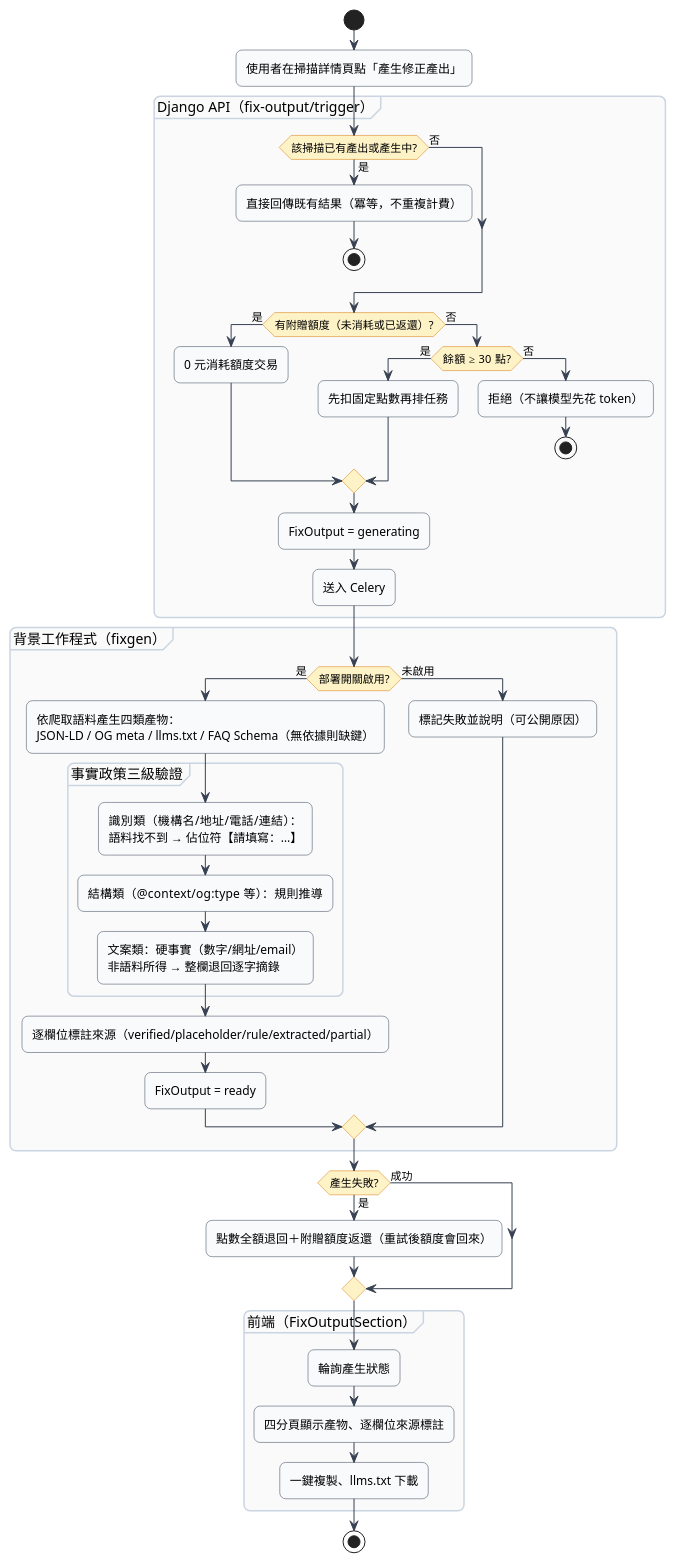
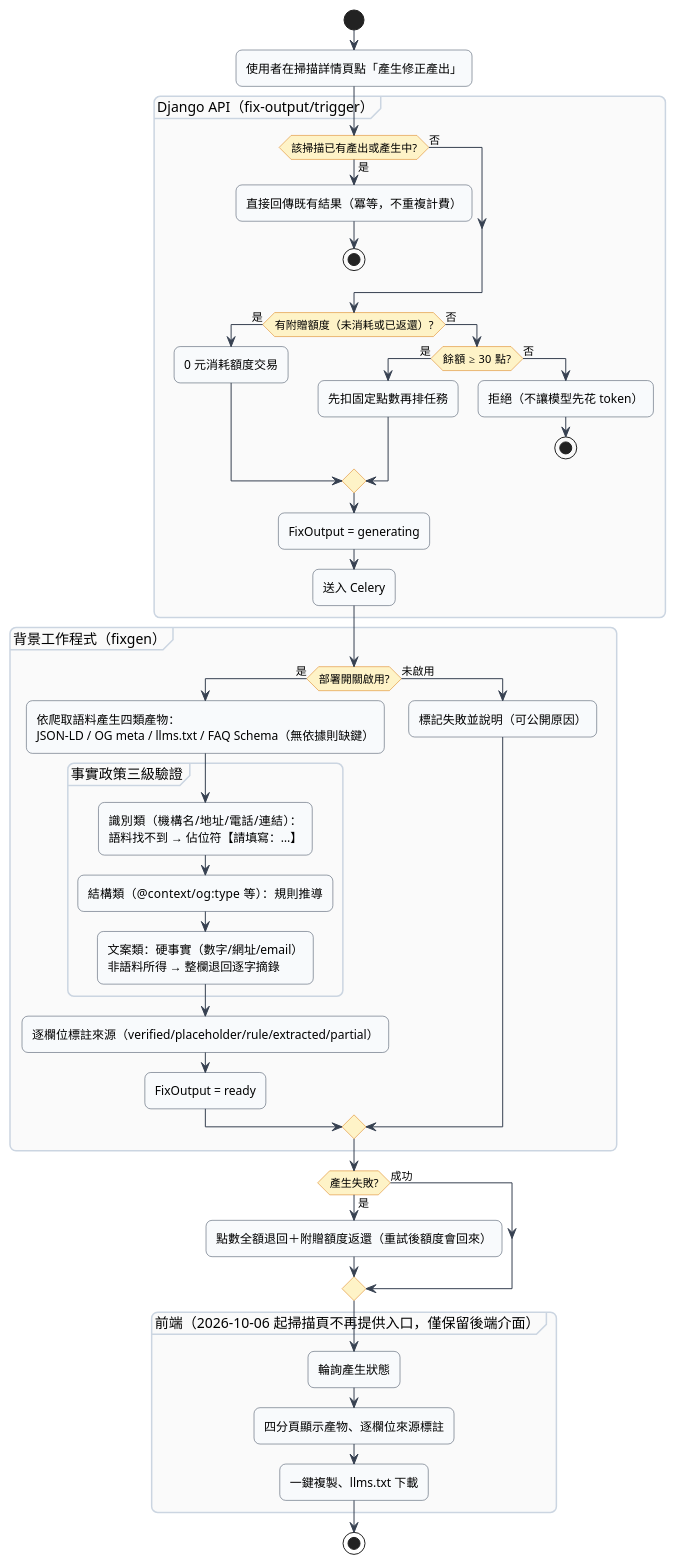
Before and after one commit to Djude1/Argus_WebsiteDiagnosticPlatform: the eighth of 25 diagrams in 專題文件生成/設計文件_圖表與成本模組.md, drawn with PlantUML. The commit also changed 76 other files, not shown here.

````diff
--- a/專題文件生成/設計文件_圖表與成本模組.md
+++ b/專題文件生成/設計文件_圖表與成本模組.md
@@ -427,61 +427,61 @@
 ```plantuml
 @startuml
 skinparam defaultFontName Microsoft JhengHei
 skinparam shadowing false
 skinparam roundcorner 12
 skinparam BackgroundColor #FFFFFF
 skinparam ArrowColor #374151
 skinparam ActivityBorderColor #334155
 skinparam ActivityBackgroundColor #F8FAFC
 skinparam ActivityDiamondBackgroundColor #FEF3C7
 skinparam ActivityDiamondBorderColor #D97706
 skinparam partitionBorderColor #CBD5E1
 skinparam partitionBackgroundColor #FAFAFA
 
 start
 :使用者在掃描詳情頁點「產生修正產出」;
 partition "Django API（fix-output/trigger）" {
   if (該掃描已有產出或產生中?) then (是)
     :直接回傳既有結果（冪等，不重複計費）;
     stop
   else (否)
   endif
   if (有附贈額度（未消耗或已返還）?) then (是)
     :0 元消耗額度交易;
   else (否)
     if (餘額 ≥ 30 點?) then (是)
       :先扣固定點數再排任務;
     else (否)
       :拒絕（不讓模型先花 token）;
       stop
     endif
   endif
   :FixOutput = generating;
   :送入 Celery;
 }
 partition "背景工作程式（fixgen）" {
   if (部署開關啟用?) then (是)
     :依爬取語料產生四類產物：\nJSON-LD / OG meta / llms.txt / FAQ Schema（無依據則缺鍵）;
     partition "事實政策三級驗證" {
       :識別類（機構名/地址/電話/連結）：\n語料找不到 → 佔位符【請填寫：…】;
       :結構類（@context/og:type 等）：規則推導;
       :文案類：硬事實（數字/網址/email）\n非語料所得 → 整欄退回逐字摘錄;
     }
     :逐欄位標註來源（verified/placeholder/rule/extracted/partial）;
     :FixOutput = ready;
   else (未啟用)
     :標記失敗並說明（可公開原因）;
   endif
 }
 if (產生失敗?) then (是)
   :點數全額退回＋附贈額度返還（重試後額度會回來）;
 else (成功)
 endif
-partition "前端（FixOutputSection）" {
+partition "前端（2026-10-06 起掃描頁不再提供入口，僅保留後端介面）" {
   :輪詢產生狀態;
   :四分頁顯示產物、逐欄位來源標註;
   :一鍵複製、llms.txt 下載;
 }
 stop
 @enduml
 ```
````
